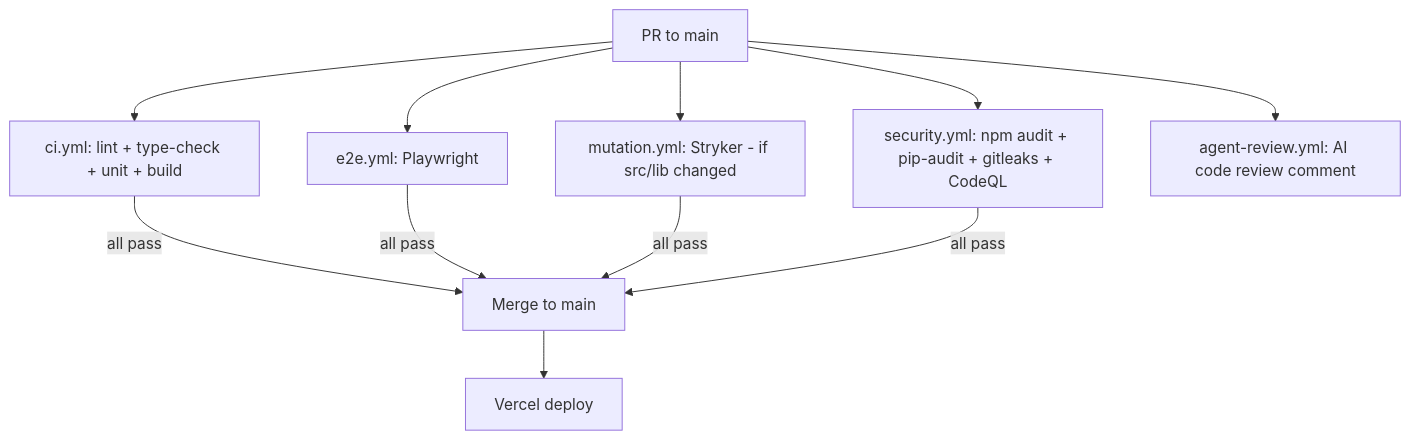
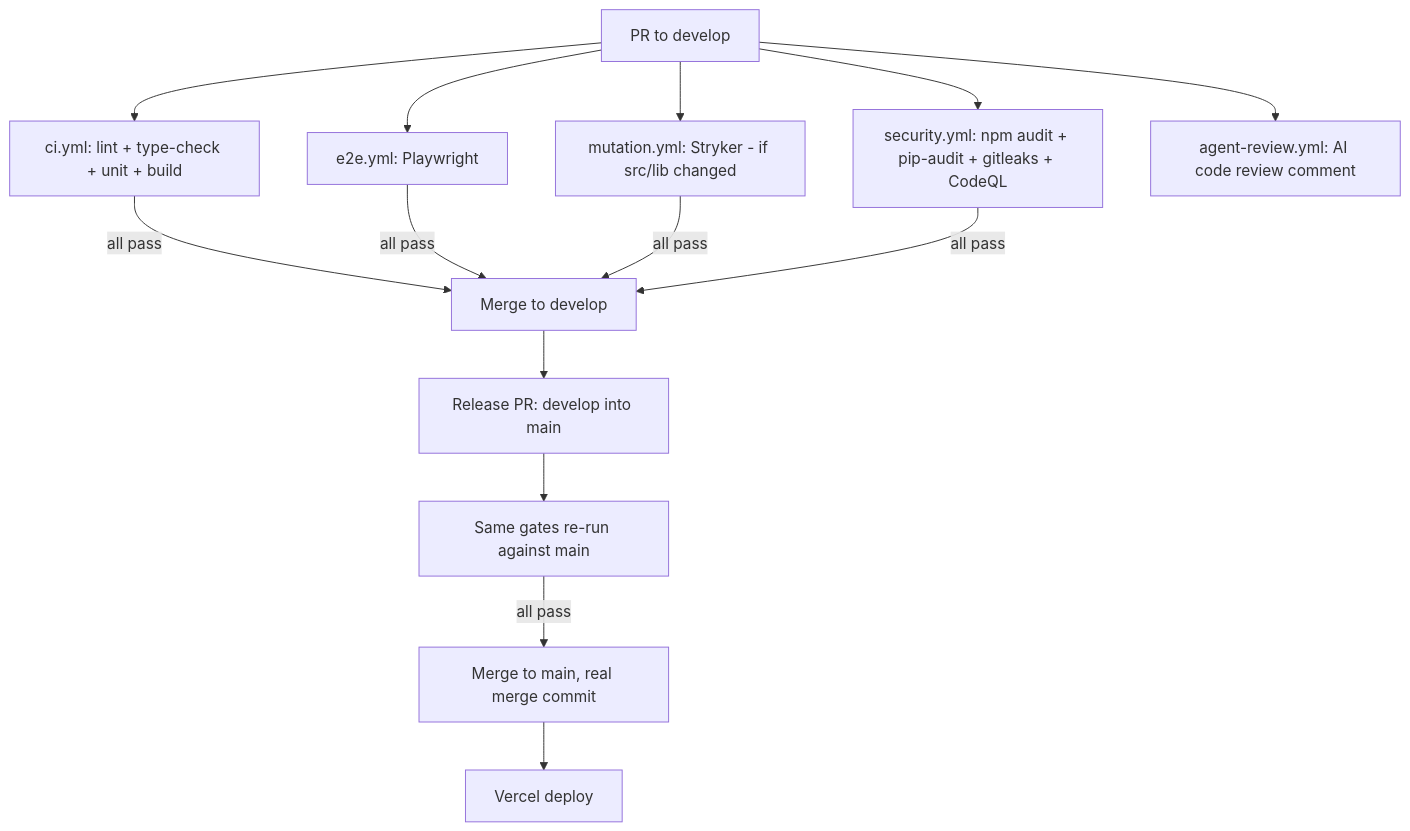
Before and after one commit to Oweeboi011/Fit-Ready-IQ: the fifth of 8 diagrams in docs/wiki/TESTING.md, drawn with Mermaid. The commit also changed other lines of this file and 11 other files, not shown here.

First line of the commit message:
docs: fix stale paths, branch flow, versions, and structural bugs

````diff
--- a/docs/wiki/TESTING.md
+++ b/docs/wiki/TESTING.md
@@ -409,10 +419,13 @@
 ```mermaid
 flowchart TD
-    A[PR to main] --> B[ci.yml: lint + type-check + unit + build]
+    A[PR to develop] --> B[ci.yml: lint + type-check + unit + build]
     A --> C[e2e.yml: Playwright]
     A --> D[mutation.yml: Stryker - if src/lib changed]
     A --> E[security.yml: npm audit + pip-audit + gitleaks + CodeQL]
     A --> F[agent-review.yml: AI code review comment]
-    B & C & D & E -->|all pass| G[Merge to main]
-    G --> H[Vercel deploy]
+    B & C & D & E -->|all pass| G[Merge to develop]
+    G --> H[Release PR: develop into main]
+    H --> I[Same gates re-run against main]
+    I -->|all pass| J[Merge to main, real merge commit]
+    J --> K[Vercel deploy]
 ```
````
